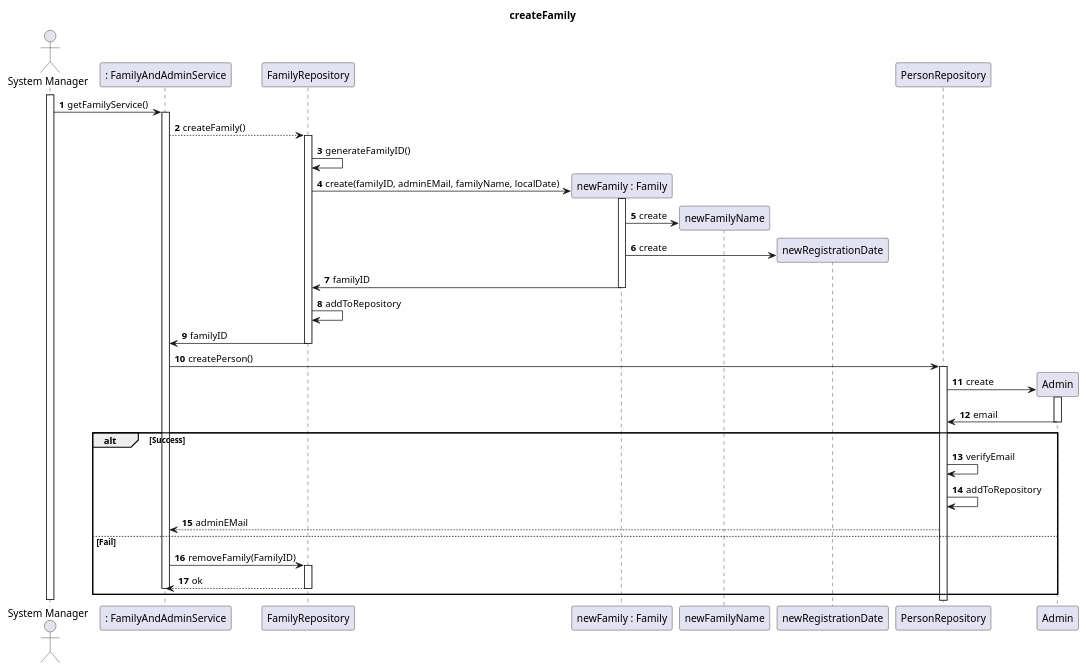
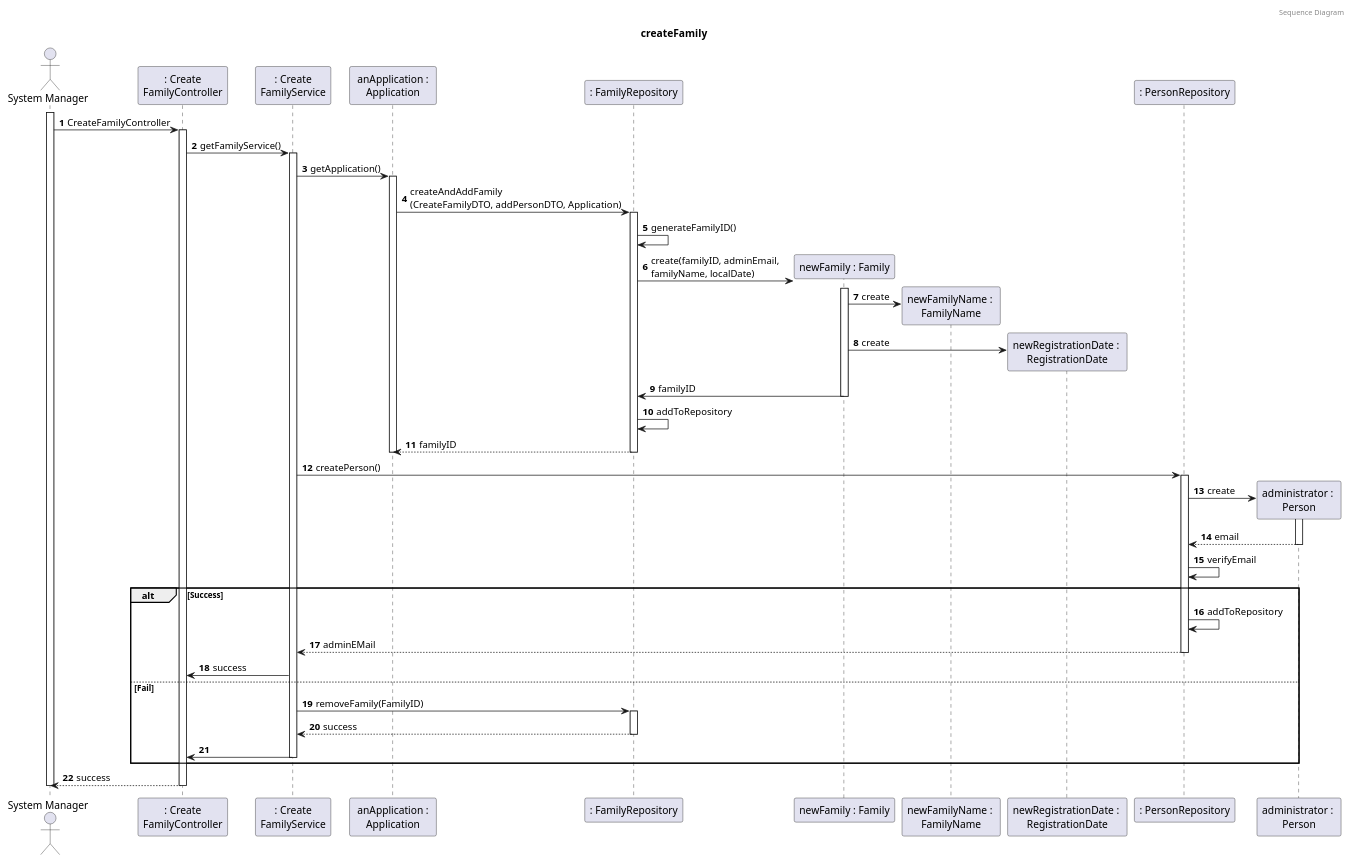
Before and after one commit to tomas-osswald/switch_2020_g3: the third of 4 diagrams in docs/sprint3/user_stories/US010_CreateAFamilyAndSetAdministrator.md, drawn with PlantUML.

Commit message:
sequence diagram update

`````diff
--- a/docs/sprint3/user_stories/US010_CreateAFamilyAndSetAdministrator.md
+++ b/docs/sprint3/user_stories/US010_CreateAFamilyAndSetAdministrator.md
@@ -87,49 +87,57 @@
 ````puml
 @startuml
 autonumber
+header Sequence Diagram
 title createFamily
 actor "System Manager" as systemManager
-participant ": FamilyAndAdminService" as FamAdminService
-participant "FamilyRepository" as frepository
+participant ": Create\nFamilyController" as controller
+participant ": Create\nFamilyService" as FamAdminService
+participant " anApplication : \nApplication" as app
+participant ": FamilyRepository" as frepository
 participant "newFamily : Family" as family
-participant "newFamilyName" as familyName
-participant "newRegistrationDate" as registrationDate
-participant "PersonRepository" as prepository
-participant "Admin" as admin
+participant "newFamilyName : \nFamilyName" as familyName
+participant "newRegistrationDate : \nRegistrationDate" as registrationDate
+participant ": PersonRepository" as prepository
+participant "administrator : \nPerson" as admin
 activate systemManager
-systemManager -> FamAdminService: getFamilyService()
+systemManager -> controller: CreateFamilyController
+activate controller
+controller -> FamAdminService : getFamilyService()
 activate FamAdminService
-FamAdminService --> frepository: createFamily()
+FamAdminService -> app : getApplication()
+activate app
+app -> frepository: createAndAddFamily \n(CreateFamilyDTO, addPersonDTO, Application)
 activate frepository
 frepository -> frepository : generateFamilyID()
-frepository -> family** : create(familyID, adminEMail, familyName, localDate)
+frepository -> family** : create(familyID, adminEmail, \nfamilyName, localDate)
 activate family
 family ->  familyName** : create
 family -> registrationDate** : create
 family -> frepository : familyID
 deactivate family
 frepository -> frepository : addToRepository
-
-frepository -> FamAdminService : familyID
-deactivate frepository
+return familyID
+deactivate app
 FamAdminService -> prepository : createPerson()
 activate prepository
 prepository -> admin** : create
 activate admin
-admin -> prepository : email
-deactivate admin
+return email
+prepository -> prepository : verifyEmail
 alt Success
-prepository -> prepository : verifyEmail
+
 prepository -> prepository : addToRepository
-prepository --> FamAdminService : adminEMail
+return adminEMail
+FamAdminService -> controller : success
 else Fail
 
 FamAdminService -> frepository : removeFamily(FamilyID)
 activate frepository
-frepository --> FamAdminService : ok
-deactivate frepository
+return success
+FamAdminService -> controller 
 deactivate FamAdminService
 end
+return success
 deactivate systemManager
 @enduml
 ````
`````
